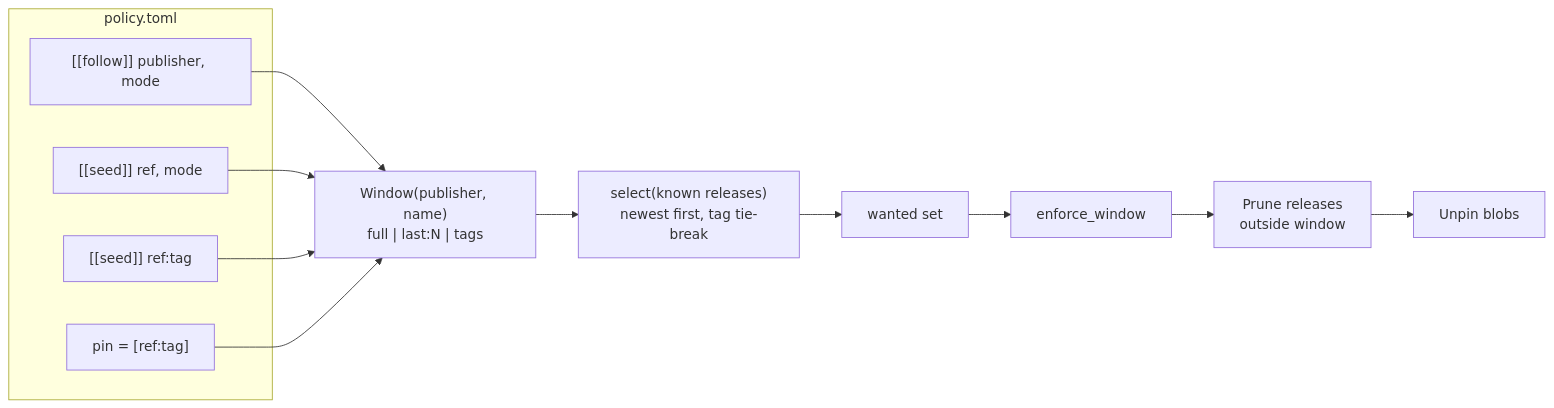
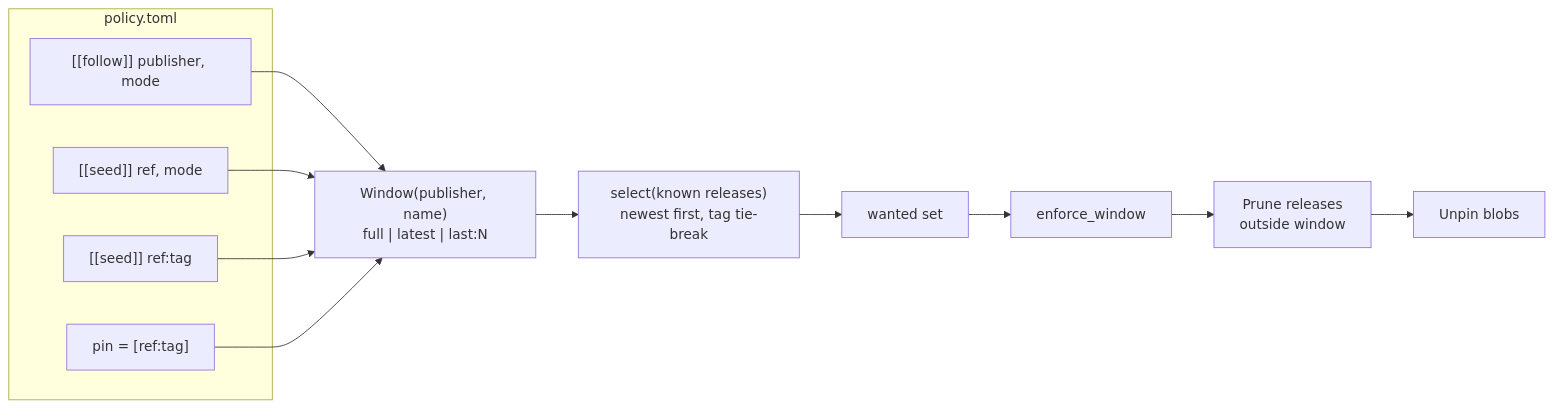
The fourth of 9 diagrams in docs/architecture/workflows.md (safonas/ocid), drawn with Mermaid before and after one commit. The commit also changed other lines of this file and 15 other files, not shown here.

````diff
--- a/docs/architecture/workflows.md
+++ b/docs/architecture/workflows.md
@@ -203,21 +202,21 @@
 ```mermaid
 flowchart LR
     subgraph rules["policy.toml"]
         f["[[follow]] publisher, mode"]
         s["[[seed]] ref, mode"]
         st["[[seed]] ref:tag"]
         p["pin = [ref:tag]"]
     end
 
     f --> w
     s --> w
     st --> w
     p --> w
 
-    w["Window(publisher, name)<br/>full | last:N | tags"] --> sel["select(known releases)<br/>newest first, tag tie-break"]
+    w["Window(publisher, name)<br/>full | latest | last:N"] --> sel["select(known releases)<br/>newest first, tag tie-break"]
     sel --> keep["wanted set"]
 
     keep --> enforce["enforce_window"]
     enforce --> prune["Prune releases<br/>outside window"]
     prune --> unpin["Unpin blobs"]
 ```
````
